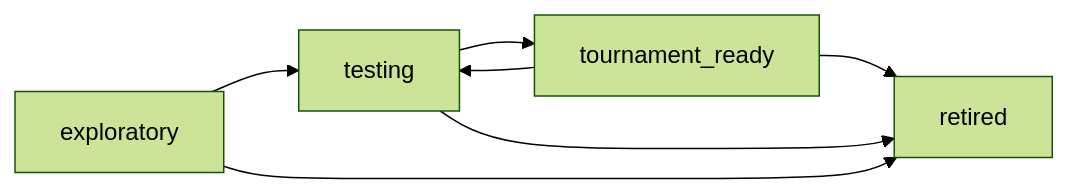
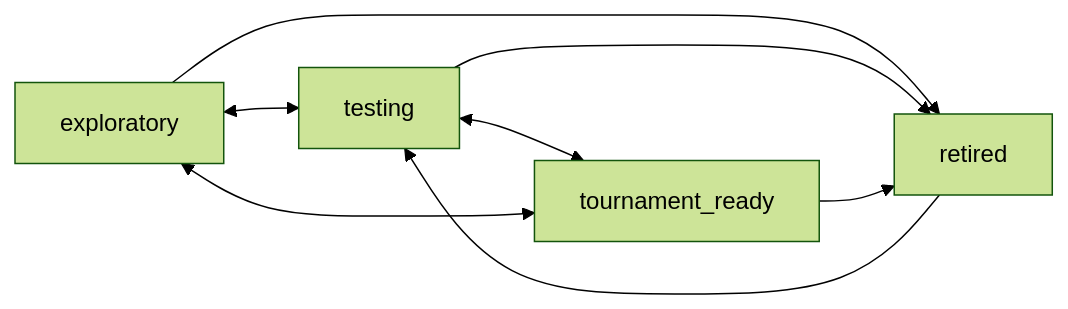
Before and after one commit to malexandre/teambrewer: the diagram in docs/features/decks.md, drawn with Mermaid (forest theme). The commit also changed other lines of this file and 3 other files, not shown here.

````diff
--- a/docs/features/decks.md
+++ b/docs/features/decks.md
@@ -49,9 +49,10 @@
 ```mermaid
 flowchart LR
-  exploratory --> testing
-  testing --> tournament_ready
+  exploratory <--> testing
+  testing <--> tournament_ready
+  exploratory <--> tournament_ready
+  exploratory --> retired
+  testing --> retired
   tournament_ready --> retired
-  testing --> retired
-  exploratory --> retired
-  tournament_ready --> testing
+  retired --> testing
 ```
````
